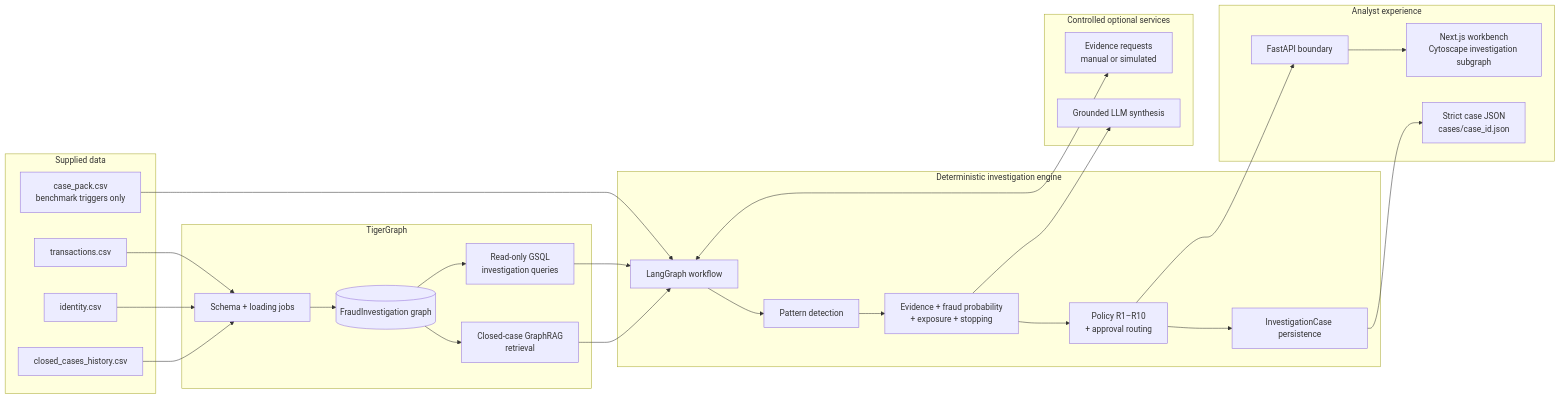
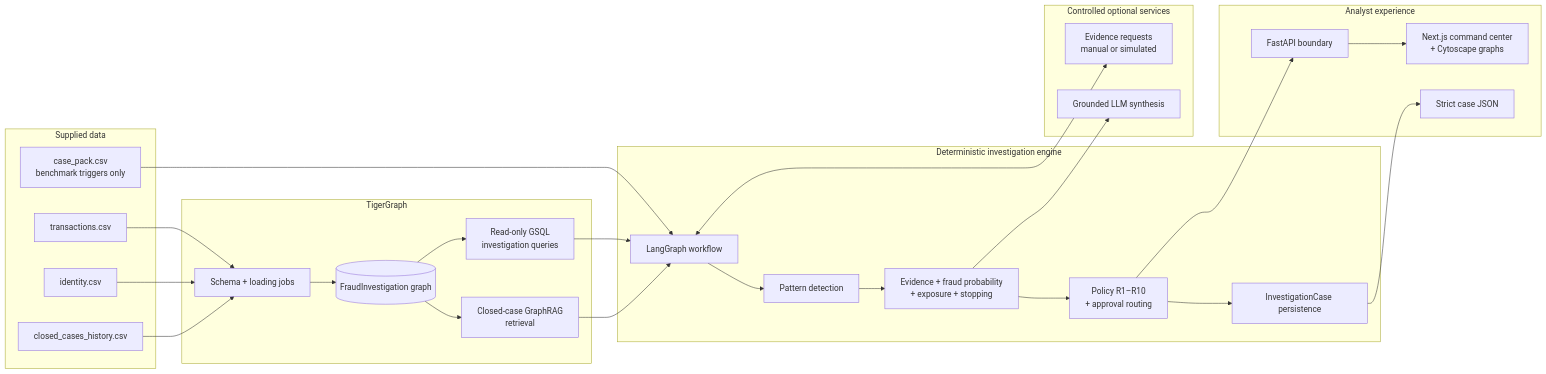
The diagram in README.md (ankit25bcs10610/TigerGraph-Agentic-Fraud-Investigation-HHGOA), drawn with Mermaid before and after one commit. The commit also changed other lines of this file and 10 other files, not shown here.

````diff
--- a/README.md
+++ b/README.md
@@ -99,51 +166,51 @@
 ```mermaid
 flowchart LR
   subgraph Data[Supplied data]
     T[transactions.csv]
     I[identity.csv]
     H[closed_cases_history.csv]
     B[case_pack.csv\nbenchmark triggers only]
   end
 
   subgraph Graph[TigerGraph]
     S[Schema + loading jobs]
     G[(FraudInvestigation graph)]
     Q[Read-only GSQL\ninvestigation queries]
     R[Closed-case GraphRAG\nretrieval]
     S --> G
     G --> Q
     G --> R
   end
 
   subgraph Engine[Deterministic investigation engine]
     W[LangGraph workflow]
     P[Pattern detection]
     F[Evidence + fraud probability\n+ exposure + stopping]
     POL[Policy R1–R10\n+ approval routing]
     C[InvestigationCase persistence]
     W --> P --> F --> POL --> C
   end
 
   subgraph Optional[Controlled optional services]
     E[Evidence requests\nmanual or simulated]
     L[Grounded LLM synthesis]
   end
 
   subgraph Experience[Analyst experience]
     API[FastAPI boundary]
-    UI[Next.js workbench\nCytoscape investigation subgraph]
-    OUT[Strict case JSON\ncases/case_id.json]
+    UI[Next.js command center\n+ Cytoscape graphs]
+    OUT[Strict case JSON]
   end
 
   T --> S
   I --> S
   H --> S
   B --> W
   Q --> W
   R --> W
   W <--> E
   F --> L
   POL --> API
   C --> OUT
   API --> UI
 ```
````
